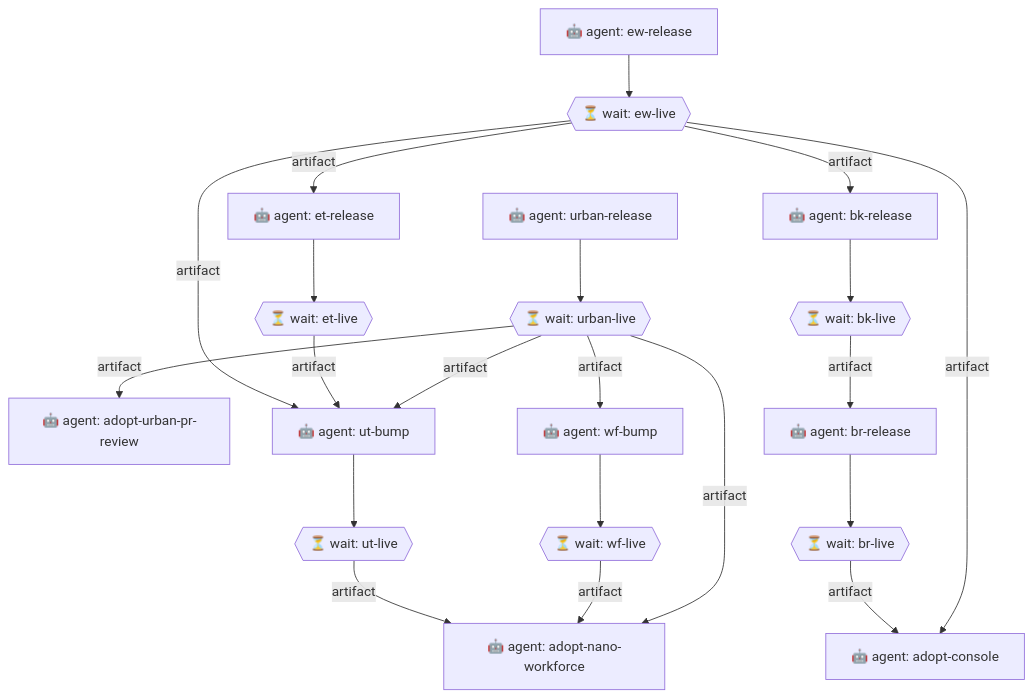
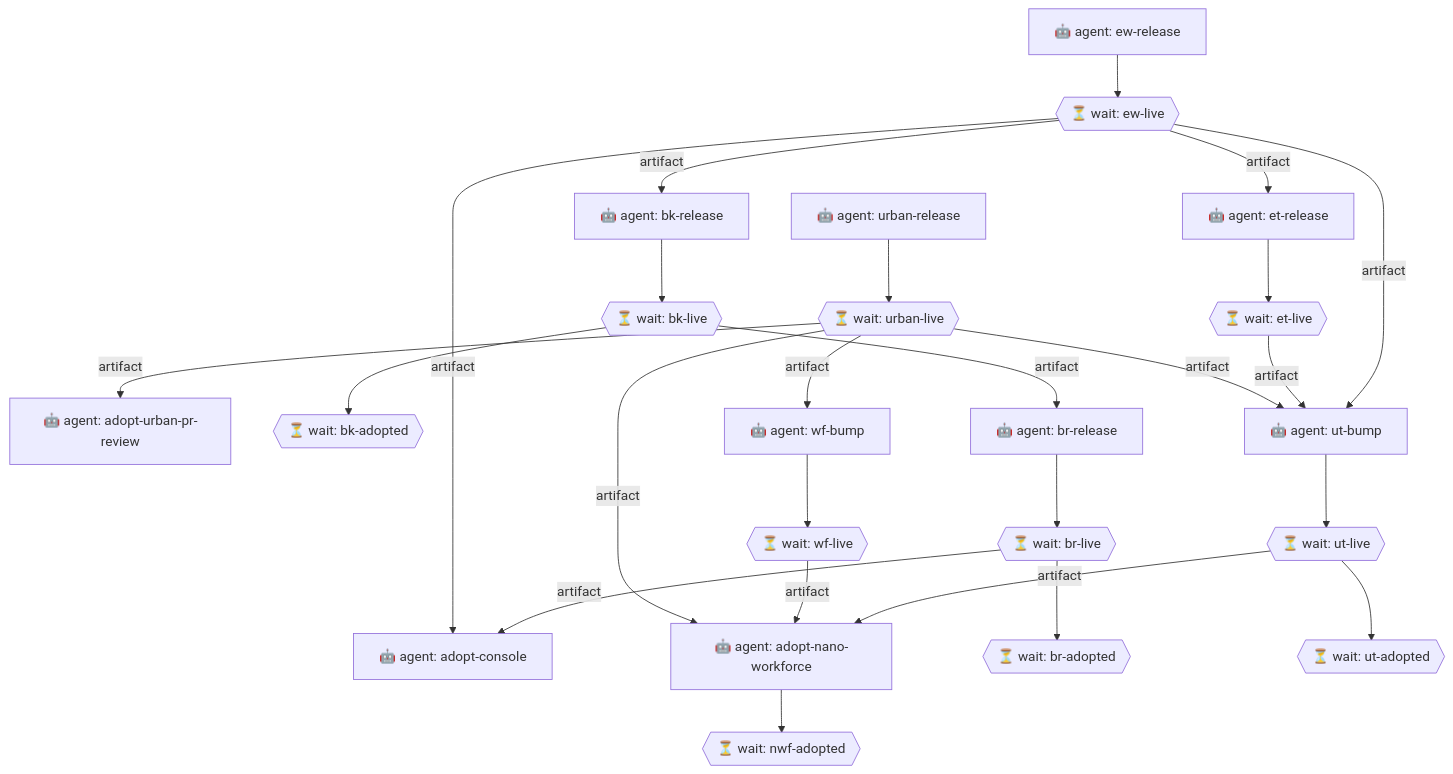
One commit to nanobpm/wasm-engine-release-graph changed the diagram in docs/graph.mmd. Above: the diagram before and after it, drawn with Mermaid. The commit also changed 1 other file, not shown here.

```diff
--- a/docs/graph.mmd
+++ b/docs/graph.mmd
@@ -1,39 +1,47 @@
 flowchart TD
   %% nano ecosystem release delivery graph
   adopt-console["🤖 agent: adopt-console"]
   adopt-nano-workforce["🤖 agent: adopt-nano-workforce"]
   adopt-urban-pr-review["🤖 agent: adopt-urban-pr-review"]
+  bk-adopted{{"⏳ wait: bk-adopted"}}
   bk-live{{"⏳ wait: bk-live"}}
   bk-release["🤖 agent: bk-release"]
+  br-adopted{{"⏳ wait: br-adopted"}}
   br-live{{"⏳ wait: br-live"}}
   br-release["🤖 agent: br-release"]
   et-live{{"⏳ wait: et-live"}}
   et-release["🤖 agent: et-release"]
   ew-live{{"⏳ wait: ew-live"}}
   ew-release["🤖 agent: ew-release"]
+  nwf-adopted{{"⏳ wait: nwf-adopted"}}
   urban-live{{"⏳ wait: urban-live"}}
   urban-release["🤖 agent: urban-release"]
+  ut-adopted{{"⏳ wait: ut-adopted"}}
   ut-bump["🤖 agent: ut-bump"]
   ut-live{{"⏳ wait: ut-live"}}
   wf-bump["🤖 agent: wf-bump"]
   wf-live{{"⏳ wait: wf-live"}}
   ew-release --> ew-live
   ew-live -- "artifact" --> et-release
   et-release --> et-live
   ew-live -- "artifact" --> bk-release
   bk-release --> bk-live
   bk-live -- "artifact" --> br-release
   br-release --> br-live
   urban-release --> urban-live
   urban-live -- "artifact" --> wf-bump
   wf-bump --> wf-live
   ew-live -- "artifact" --> ut-bump
   et-live -- "artifact" --> ut-bump
   urban-live -- "artifact" --> ut-bump
   ut-bump --> ut-live
   br-live -- "artifact" --> adopt-console
   ew-live -- "artifact" --> adopt-console
   ut-live -- "artifact" --> adopt-nano-workforce
   wf-live -- "artifact" --> adopt-nano-workforce
   urban-live -- "artifact" --> adopt-nano-workforce
+  bk-live --> bk-adopted
+  br-live --> br-adopted
+  ut-live --> ut-adopted
+  adopt-nano-workforce --> nwf-adopted
   urban-live -- "artifact" --> adopt-urban-pr-review
```
